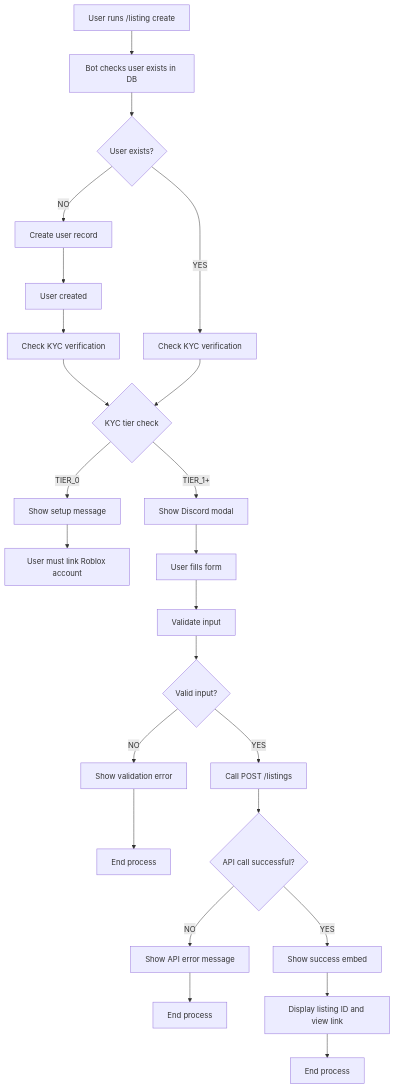
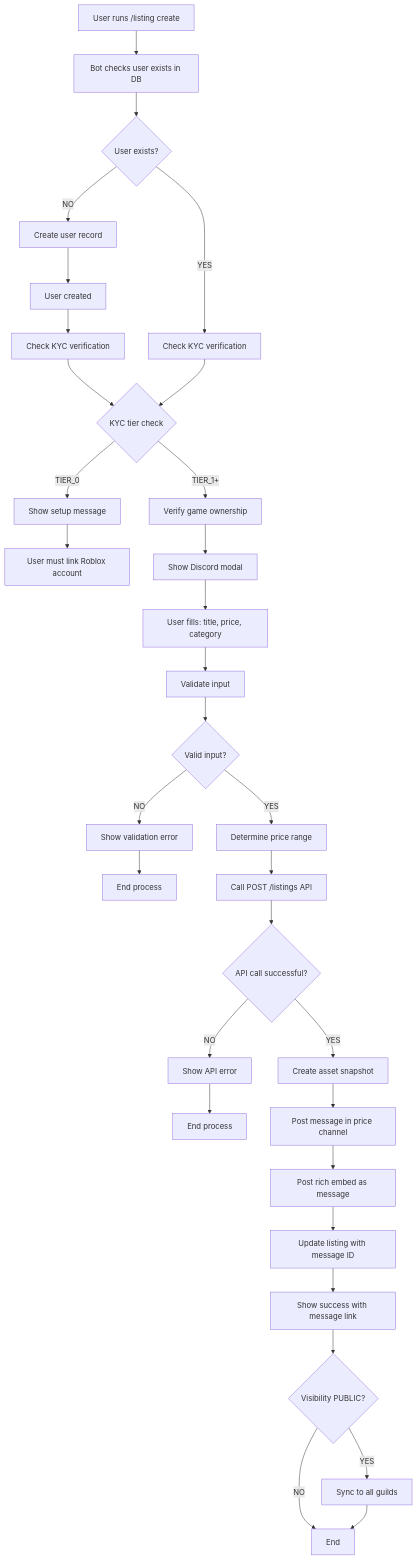
The first of 4 diagrams in apps/discord-bot/FLOW_DIAGRAM.md (lhqezio/bloxtr8), drawn with Mermaid before and after one commit. The commit also changed other lines of this file and 49 other files, not shown here.

````diff
--- a/apps/discord-bot/FLOW_DIAGRAM.md
+++ b/apps/discord-bot/FLOW_DIAGRAM.md
@@ -3,34 +7,43 @@
 ```mermaid
 flowchart TD
     A[User runs /listing create] --> B[Bot checks user exists in DB]
     B --> C{User exists?}
 
     C -->|NO| D[Create user record]
     D --> E[User created]
     E --> F[Check KYC verification]
 
     C -->|YES| G[Check KYC verification]
 
     F --> H{KYC tier check}
     G --> H
     H -->|TIER_0| I[Show setup message]
     I --> J[User must link Roblox account]
 
-    H -->|TIER_1+| L[Show Discord modal]
-    L --> M[User fills form]
+    H -->|TIER_1+| K[Verify game ownership]
+    K --> L[Show Discord modal]
+    L --> M[User fills: title, price, category]
     M --> N[Validate input]
     N --> O{Valid input?}
 
     O -->|NO| P[Show validation error]
     P --> Q[End process]
 
-    O -->|YES| R[Call POST /listings]
-    R --> S{API call successful?}
+    O -->|YES| R[Determine price range]
+    R --> S[Call POST /listings API]
+    S --> T{API call successful?}
 
-    S -->|NO| T[Show API error message]
-    T --> U[End process]
+    T -->|NO| U[Show API error]
+    U --> V[End process]
 
-    S -->|YES| V[Show success embed]
-    V --> W[Display listing ID and view link]
-    W --> X[End process]
+    T -->|YES| W[Create asset snapshot]
+    W --> X[Post message in price channel]
+    X --> Y[Post rich embed as message]
+    Y --> Z[Update listing with message ID]
+    Z --> AA[Show success with message link]
+    AA --> AB{Visibility PUBLIC?}
+
+    AB -->|YES| AC[Sync to all guilds]
+    AB -->|NO| AD[End]
+    AC --> AD
 ```
````
